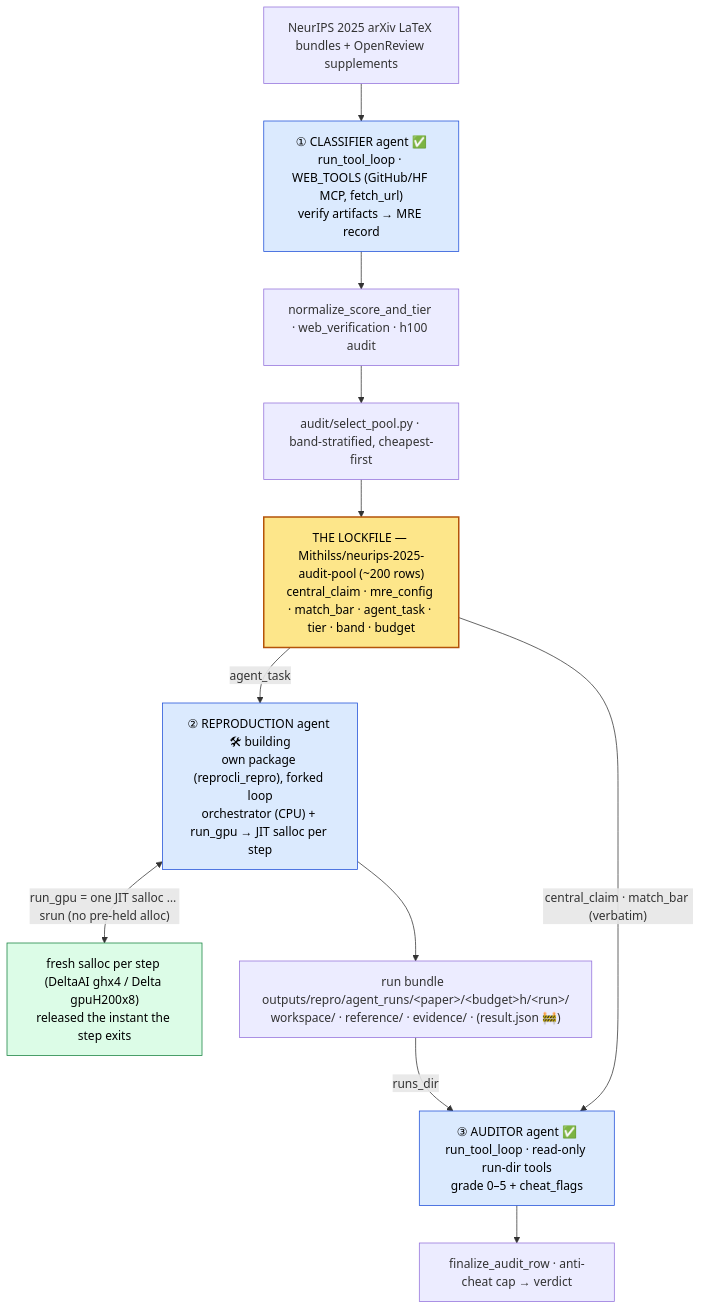
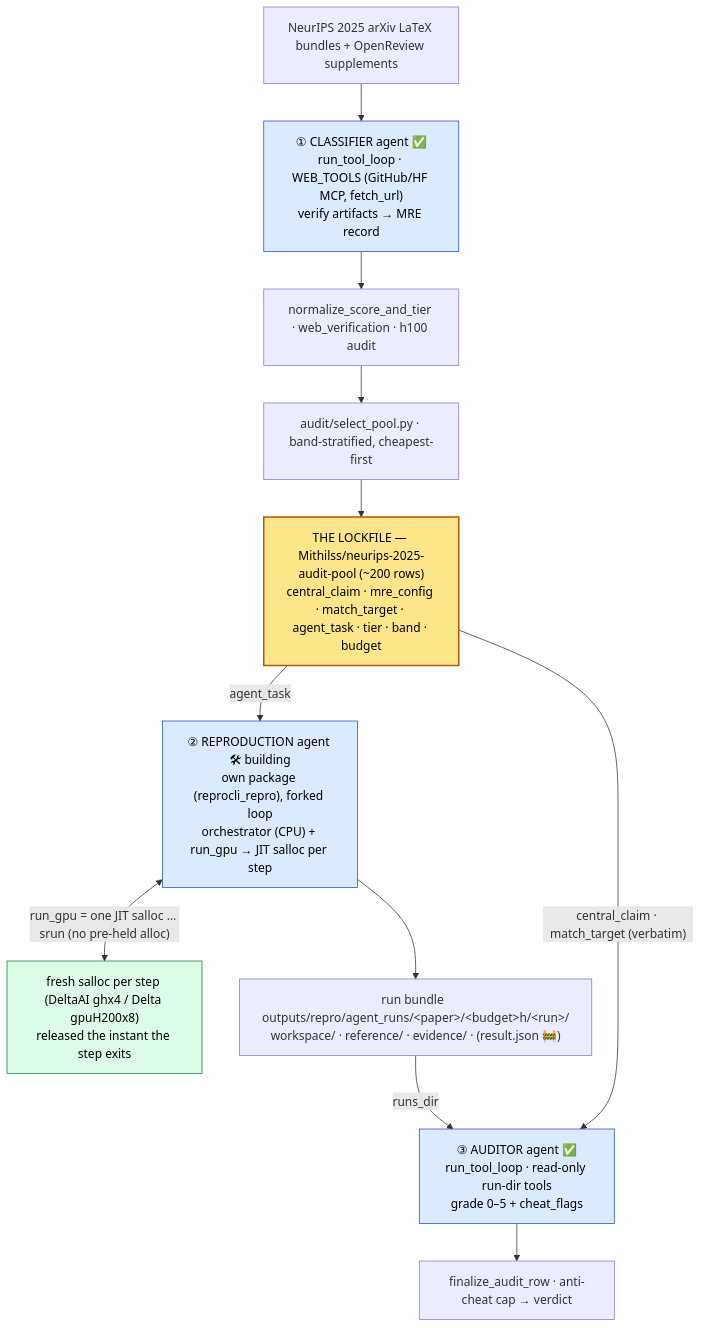
One commit to mithils3/reprocli changed the diagram in docs/architecture.md. Above: the diagram before and after it, drawn with Mermaid. The commit also changed other lines of this file, not shown here.

First line of the commit message:
architecture.md: lockfile now pins match_target tuple; rethink Phase 5+

````diff
--- a/docs/architecture.md
+++ b/docs/architecture.md
@@ -32,26 +32,26 @@
 ```mermaid
 flowchart TD
   classDef lock fill:#fde68a,stroke:#b45309,stroke-width:2px,color:#000;
   classDef llm  fill:#dbeafe,stroke:#1d4ed8,color:#000;
   classDef gpu  fill:#dcfce7,stroke:#15803d,color:#000;
 
   A["NeurIPS 2025 arXiv LaTeX bundles + OpenReview supplements"]
   CL["① CLASSIFIER agent ✅<br/>run_tool_loop · WEB_TOOLS (GitHub/HF MCP, fetch_url)<br/>verify artifacts → MRE record"]:::llm
   POST1["normalize_score_and_tier · web_verification · h100 audit"]
   SEL["audit/select_pool.py · band-stratified, cheapest-first"]
-  LOCK["THE LOCKFILE — Mithilss/neurips-2025-audit-pool (~200 rows)<br/>central_claim · mre_config · match_bar · agent_task · tier · band · budget"]:::lock
+  LOCK["THE LOCKFILE — Mithilss/neurips-2025-audit-pool (~200 rows)<br/>central_claim · mre_config · match_target · agent_task · tier · band · budget"]:::lock
   RA["② REPRODUCTION agent 🛠 building<br/>own package (reprocli_repro), forked loop<br/>orchestrator (CPU) + run_gpu → JIT salloc per step"]:::llm
   GPU["fresh salloc per step (DeltaAI ghx4 / Delta gpuH200x8)<br/>released the instant the step exits"]:::gpu
   BUN["run bundle  outputs/repro/agent_runs/&lt;paper&gt;/&lt;budget&gt;h/&lt;run&gt;/<br/>workspace/ · reference/ · evidence/ · (result.json 🚧)"]
   AU["③ AUDITOR agent ✅<br/>run_tool_loop · read-only run-dir tools<br/>grade 0–5 + cheat_flags"]:::llm
   POST2["finalize_audit_row · anti-cheat cap → verdict"]
 
   A --> CL --> POST1 --> SEL --> LOCK
   LOCK -->|"agent_task"| RA
   RA <-->|"run_gpu = one JIT salloc … srun (no pre-held alloc)"| GPU
   RA --> BUN
-  LOCK -->|"central_claim · match_bar (verbatim)"| AU
+  LOCK -->|"central_claim · match_target (verbatim)"| AU
   BUN -->|"runs_dir"| AU --> POST2
 
   class LOCK lock;
 ```
````
